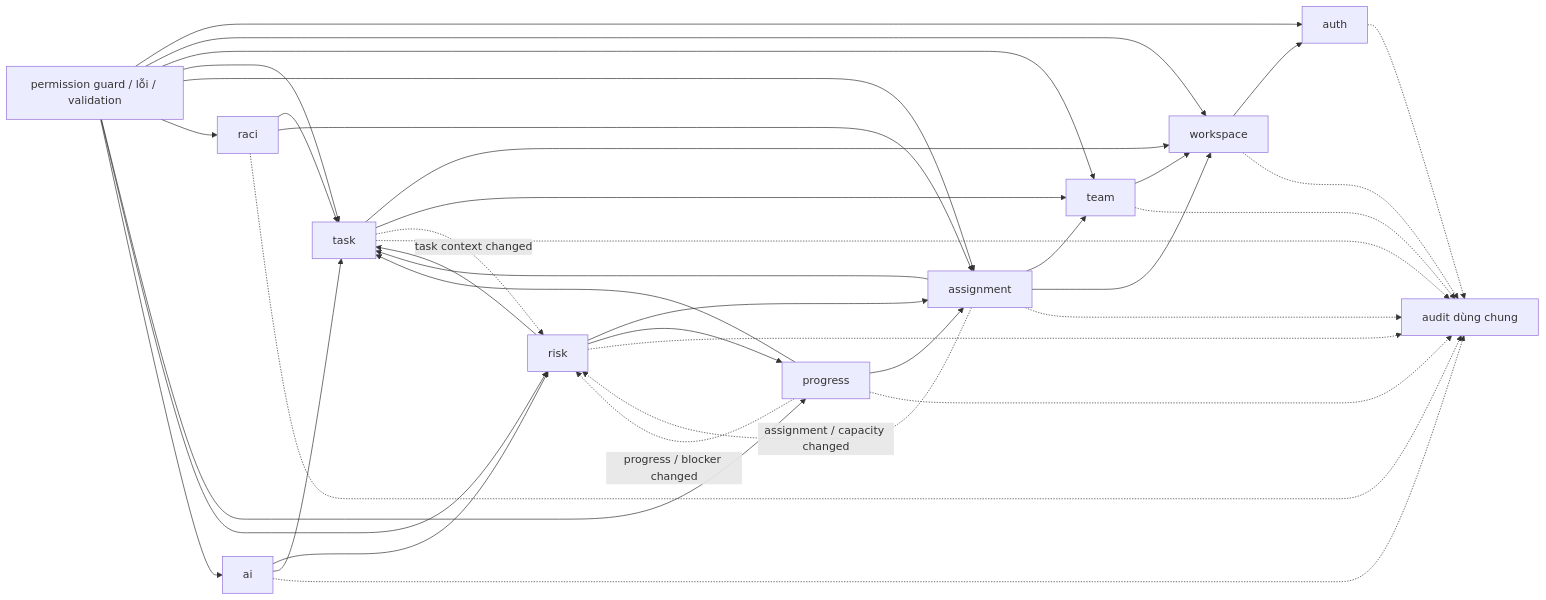
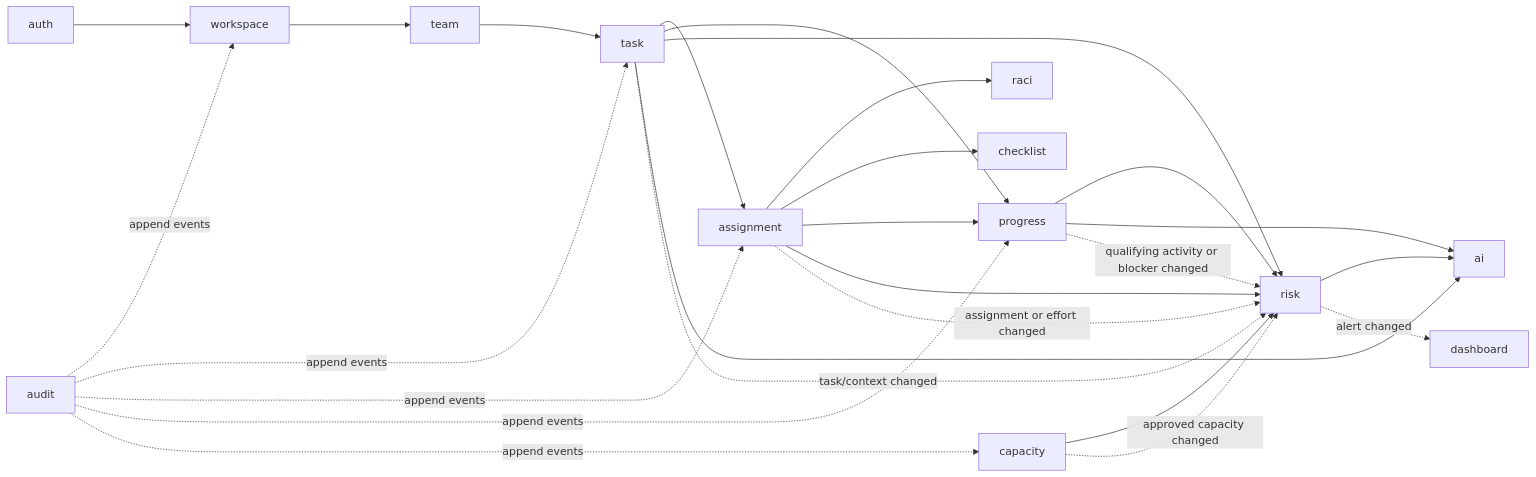
One commit to KhoiTran2905/CWRM-platform changed the second of 4 diagrams in docs/architecture/CWRM-11_Architecture.md. Above: the diagram before and after it, drawn with Mermaid. The commit also changed other lines of this file and 3 other files, not shown here.

````diff
--- a/docs/architecture/CWRM-11_Architecture.md
+++ b/docs/architecture/CWRM-11_Architecture.md
@@ -50,55 +51,28 @@
 ```mermaid
 flowchart LR
-    auth["auth"]
-    workspace["workspace"]
-    team["team"]
-    task["task"]
-    assignment["assignment"]
-    raci["raci"]
-    progress["progress"]
-    risk["risk"]
-    ai["ai"]
-    audit["audit dùng chung"]
-    guards["permission guard / lỗi / validation"]
-
-    workspace --> auth
-    team --> workspace
-    task --> workspace
-    task --> team
-    assignment --> task
-    assignment --> team
-    assignment --> workspace
-    raci --> task
-    raci --> assignment
-    progress --> task
-    progress --> assignment
-    risk --> task
-    risk --> assignment
-    risk --> progress
-    ai --> risk
-    ai --> task
-
-    task -. "task context changed" .-> risk
-    assignment -. "assignment / capacity changed" .-> risk
-    progress -. "progress / blocker changed" .-> risk
-
-    guards --> auth
-    guards --> workspace
-    guards --> team
-    guards --> task
-    guards --> assignment
-    guards --> raci
-    guards --> progress
-    guards --> risk
-    guards --> ai
-
-    auth -.-> audit
-    workspace -.-> audit
-    team -.-> audit
-    task -.-> audit
-    assignment -.-> audit
-    raci -.-> audit
-    progress -.-> audit
-    risk -.-> audit
-    ai -.-> audit
+    auth[auth] --> workspace[workspace]
+    workspace --> team[team]
+    team --> task[task]
+    task --> assignment[assignment]
+    assignment --> raci[raci]
+    assignment --> checklist[checklist]
+    task --> progress[progress]
+    assignment --> progress
+    capacity[capacity] --> risk[risk]
+    task --> risk
+    assignment --> risk
+    progress --> risk
+    risk --> ai[ai]
+    task --> ai
+    progress --> ai
+    task -. task/context changed .-> risk
+    assignment -. assignment or effort changed .-> risk
+    capacity -. approved capacity changed .-> risk
+    progress -. qualifying activity or blocker changed .-> risk
+    risk -. alert changed .-> dashboard[dashboard]
+    audit[audit] -. append events .-> workspace
+    audit -. append events .-> task
+    audit -. append events .-> assignment
+    audit -. append events .-> progress
+    audit -. append events .-> capacity
 ```
````
